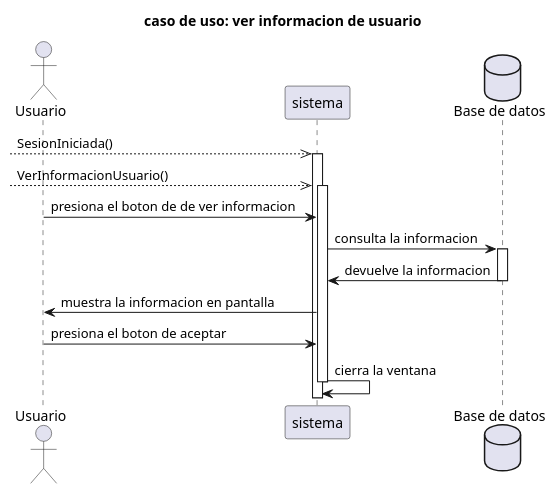
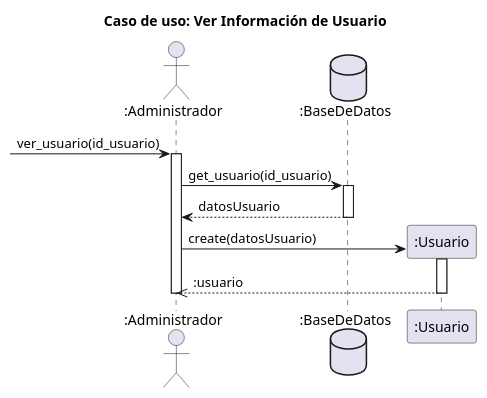
One commit to RubenE107/diagramas-de-dise-o-uml changed the diagram in interacion 2/Ver información de un usuario.puml. Above: the diagram before and after it, drawn with PlantUML. The commit also changed 1 other file, not shown here.

Commit message:
ver informacion de usuario

```diff
--- a/interacion 2/Ver información de un usuario.puml
+++ b/interacion 2/Ver información de un usuario.puml
@@ -1,26 +1,47 @@
 @startuml
 title caso de uso: ver informacion de usuario
-actor "Usuario" as U
-participant "sistema" as S
-database "Base de datos" as BD
--->>S: SesionIniciada()
-activate S
--->>S: VerInformacionUsuario()
-activate S
-U->S: presiona el boton de de ver informacion
+' actor "Usuario" as U
+' participant "sistema" as S
+' database "Base de datos" as BD
+' -->>S: SesionIniciada()
+' activate S
+' -->>S: VerInformacionUsuario()
+' activate S
+' U->S: presiona el boton de de ver informacion
 
 
-S->BD: consulta la informacion
-activate BD
-BD->S: devuelve la informacion
-deactivate BD
-S->U: muestra la informacion en pantalla
-U->S: presiona el boton de aceptar
-S->S:cierra la ventana
-deactivate S
+' S->BD: consulta la informacion
+' activate BD
+' BD->S: devuelve la informacion
+' deactivate BD
+' S->U: muestra la informacion en pantalla
+' U->S: presiona el boton de aceptar
+' S->S:cierra la ventana
+' deactivate S
 
 
+title Caso de uso: Ver Información de Usuario
+
+actor ":Administrador" as a
+database ":BaseDeDatos" as bd
 
 
+-> a:ver_usuario(id_usuario)
+activate a
+
+a -> bd:get_usuario(id_usuario)
+activate bd
+
+bd --> a:datosUsuario
+deactivate bd
+
+create ":Usuario" as usuario
+a -> usuario:create(datosUsuario)
+activate usuario
+
+usuario-->>a::usuario
+deactivate usuario
+
+deactivate a
 
 @enduml
```
